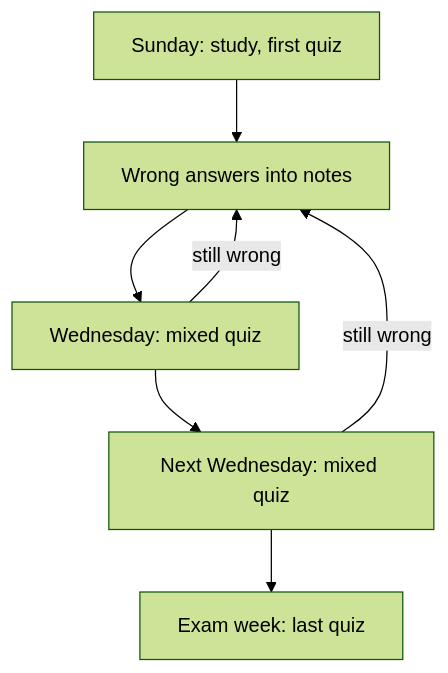
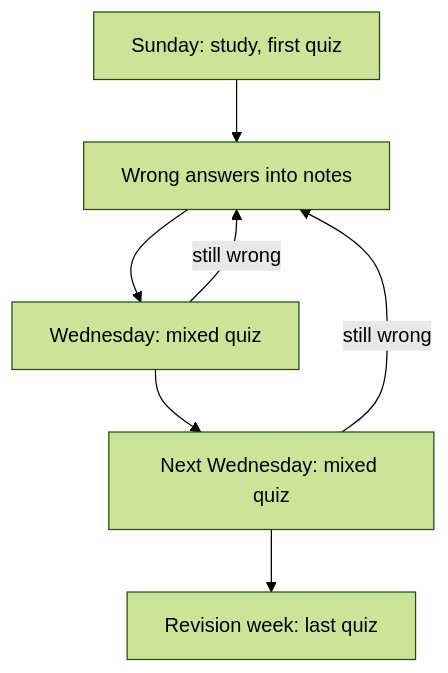
One commit to Muhammad-AnasKhan/Buildment changed the diagram in content/import/build-with-ai/03-learn-deeply-with-ai/03.04-make-the-ai-quiz-you.md. Above: the diagram before and after it, drawn with Mermaid (forest theme). The commit also changed other lines of this file and 32 other files, not shown here.

````diff
--- a/content/import/build-with-ai/03-learn-deeply-with-ai/03.04-make-the-ai-quiz-you.md
+++ b/content/import/build-with-ai/03-learn-deeply-with-ai/03.04-make-the-ai-quiz-you.md
@@ -75,9 +77,9 @@
 ```mermaid
 flowchart TD
   A["Sunday: study, first quiz"] --> B["Wrong answers into notes"]
   B --> C["Wednesday: mixed quiz"]
   C --> D["Next Wednesday: mixed quiz"]
-  D --> E["Exam week: last quiz"]
+  D --> E["Revision week: last quiz"]
   C -->|"still wrong"| B
   D -->|"still wrong"| B
 ```
````
